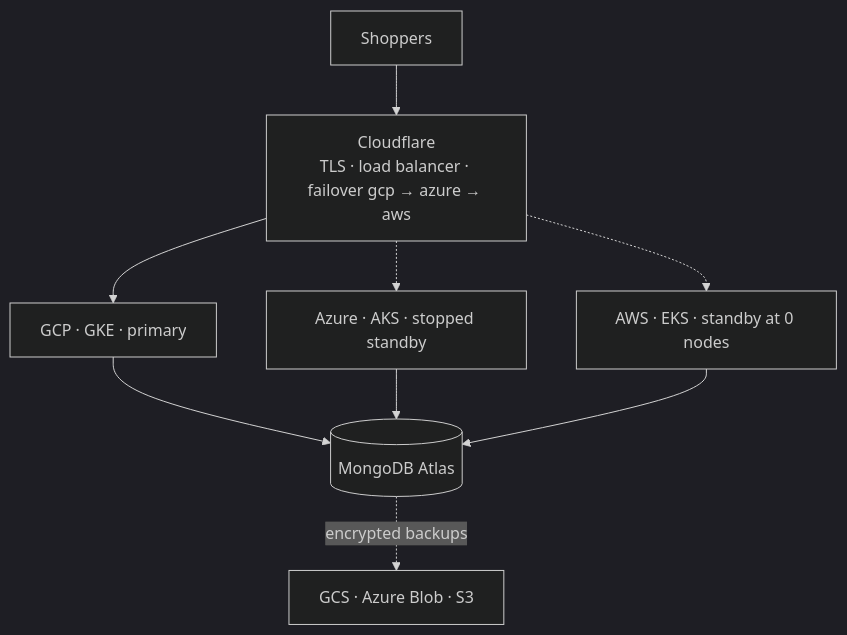
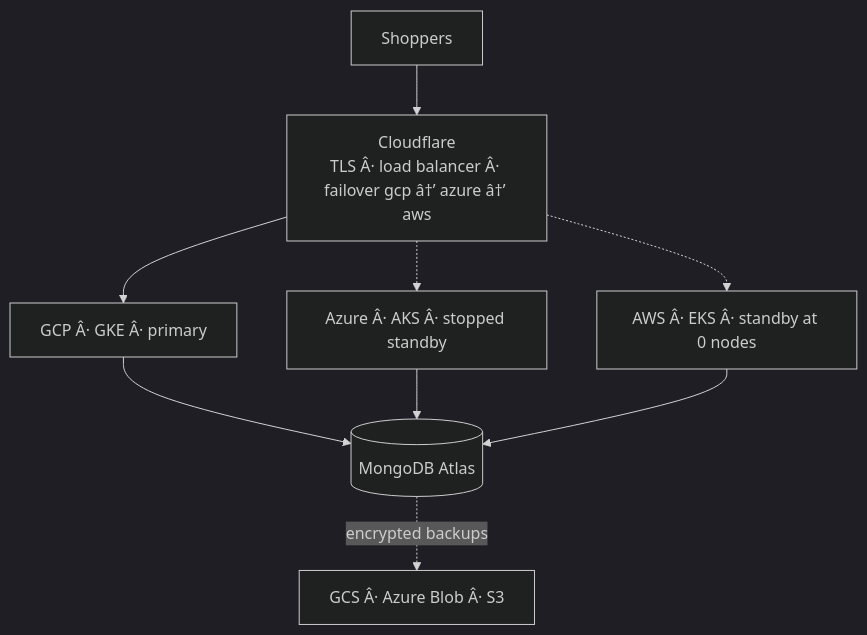
The first of 3 diagrams in profile/README.md (ppmcad16a-cloud-platform/.github), drawn with Mermaid (dark theme) before and after one commit. The commit also changed other lines of this file, not shown here.

````diff
--- a/profile/README.md
+++ b/profile/README.md
@@ -7,9 +7,9 @@
 ```mermaid
 flowchart TB
-    U[Shoppers] --> CF[Cloudflare<br/>TLS · load balancer · failover gcp → azure → aws]
-    CF --> G[GCP · GKE · primary]
-    CF -.-> A[Azure · AKS · stopped standby]
-    CF -.-> W[AWS · EKS · standby at 0 nodes]
+    U[Shoppers] --> CF[Cloudflare<br/>TLS Â· load balancer Â· failover gcp â†’ azure â†’ aws]
+    CF --> G[GCP Â· GKE Â· primary]
+    CF -.-> A[Azure Â· AKS Â· stopped standby]
+    CF -.-> W[AWS Â· EKS Â· standby at 0 nodes]
     G & A & W --> DB[(MongoDB Atlas)]
-    DB -.encrypted backups.-> B[GCS · Azure Blob · S3]
+    DB -.encrypted backups.-> B[GCS Â· Azure Blob Â· S3]
 ```
````
